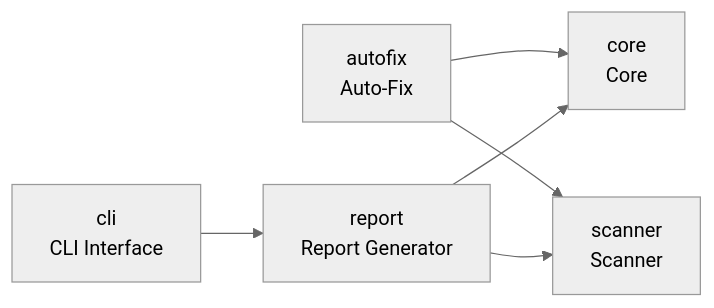
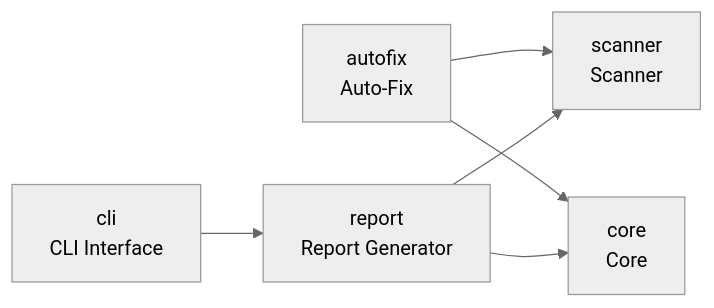
The diagram in README.md (cj-mills/cjm-nbdev-docments), drawn with Mermaid (neutral theme) before and after one commit. The commit also changed other lines of this file and 5 other files, not shown here.

````diff
--- a/README.md
+++ b/README.md
@@ -195,14 +195,14 @@
 ``` mermaid
 graph LR
     autofix[autofix<br/>Auto-Fix]
     cli[cli<br/>CLI Interface]
     core[core<br/>Core]
     report[report<br/>Report Generator]
     scanner[scanner<br/>Scanner]
 
     autofix --> scanner
     autofix --> core
     cli --> report
+    report --> scanner
     report --> core
-    report --> scanner
 ```
````
